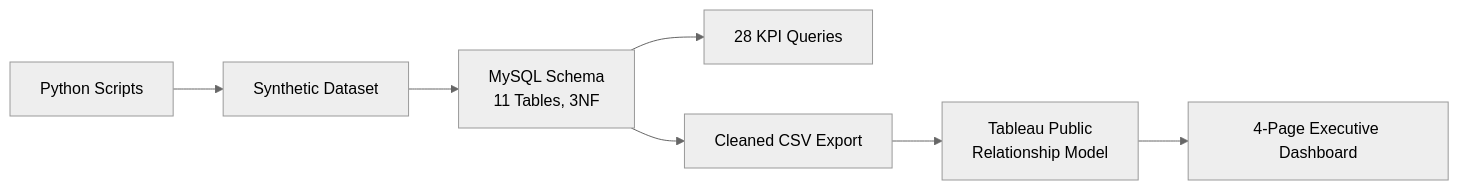
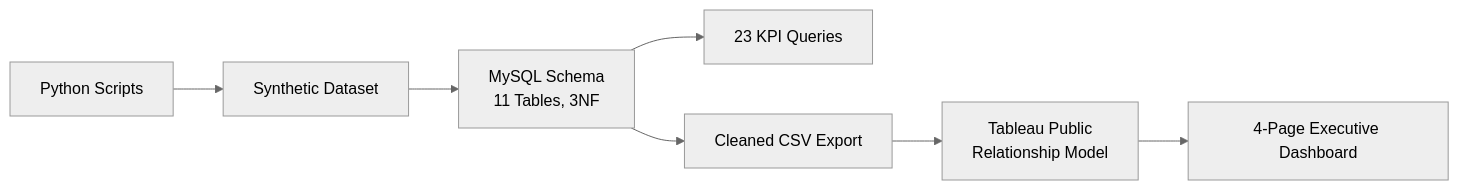
Before and after one commit to m2ammar/Indus-Hospital-Operations-Intelligence-Database: the first of 2 diagrams in README.md, drawn with Mermaid (neutral theme). The commit also changed other lines of this file, not shown here.

````diff
--- a/README.md
+++ b/README.md
@@ -89,9 +89,9 @@
 ```mermaid
 flowchart LR
     A[Python Scripts] --> B[Synthetic Dataset]
     B --> C[MySQL Schema<br/>11 Tables, 3NF]
-    C --> D[28 KPI Queries]
+    C --> D[23 KPI Queries]
     C --> E[Cleaned CSV Export]
     E --> F[Tableau Public<br/>Relationship Model]
     F --> G[4-Page Executive Dashboard]
 ```
````
